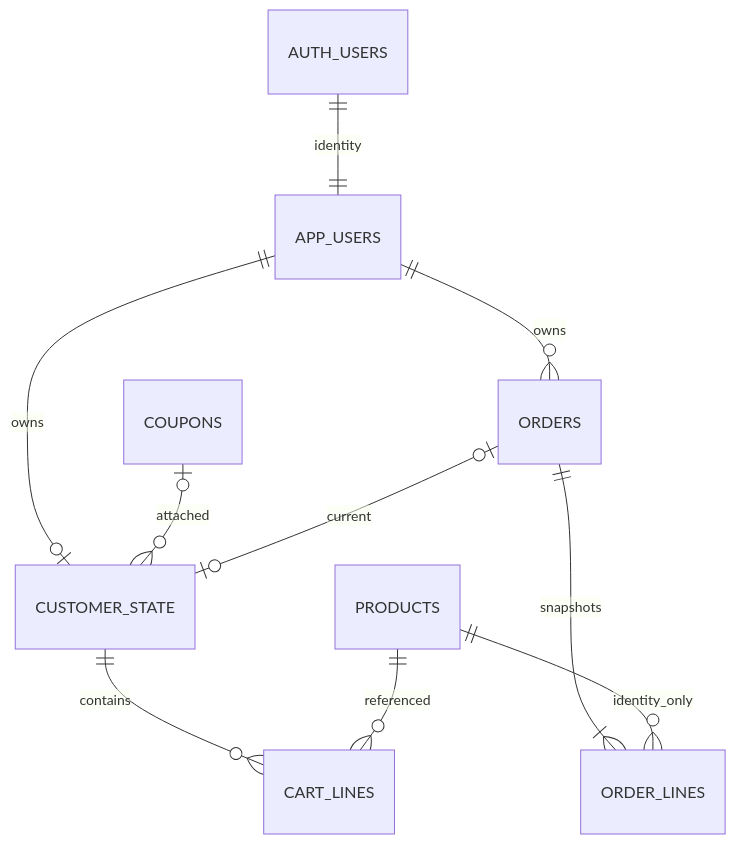
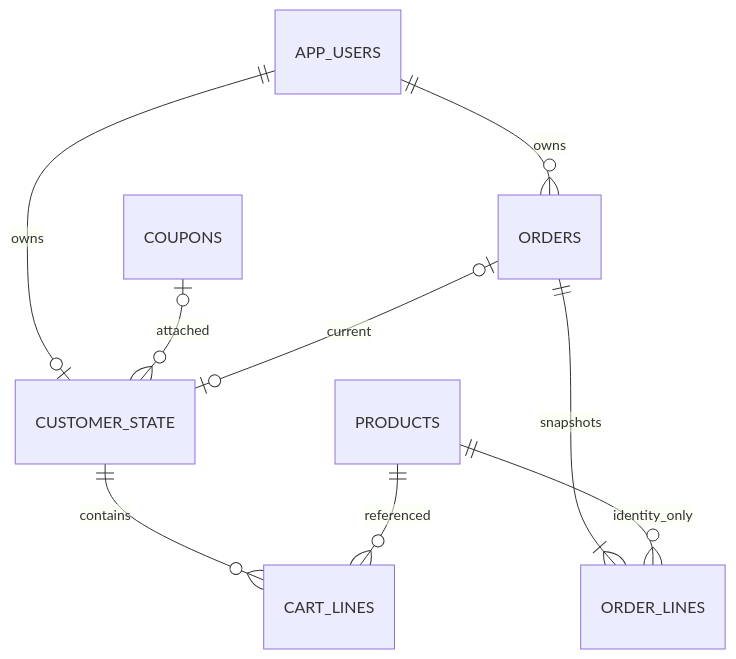
The diagram in docs/spec/04-database.md (YummyAom/software-testing-srs-cart), drawn with Mermaid before and after one commit. The commit also changed other lines of this file and 11 other files, not shown here.

````diff
--- a/docs/spec/04-database.md
+++ b/docs/spec/04-database.md
@@ -15,12 +15,11 @@
 ```mermaid
 erDiagram
-  AUTH_USERS ||--|| APP_USERS : identity
   APP_USERS ||--o| CUSTOMER_STATE : owns
   CUSTOMER_STATE ||--o{ CART_LINES : contains
   PRODUCTS ||--o{ CART_LINES : referenced
   COUPONS o|--o{ CUSTOMER_STATE : attached
   APP_USERS ||--o{ ORDERS : owns
   ORDERS ||--|{ ORDER_LINES : snapshots
   PRODUCTS ||--o{ ORDER_LINES : identity_only
   ORDERS o|--o| CUSTOMER_STATE : current
 ```
````
